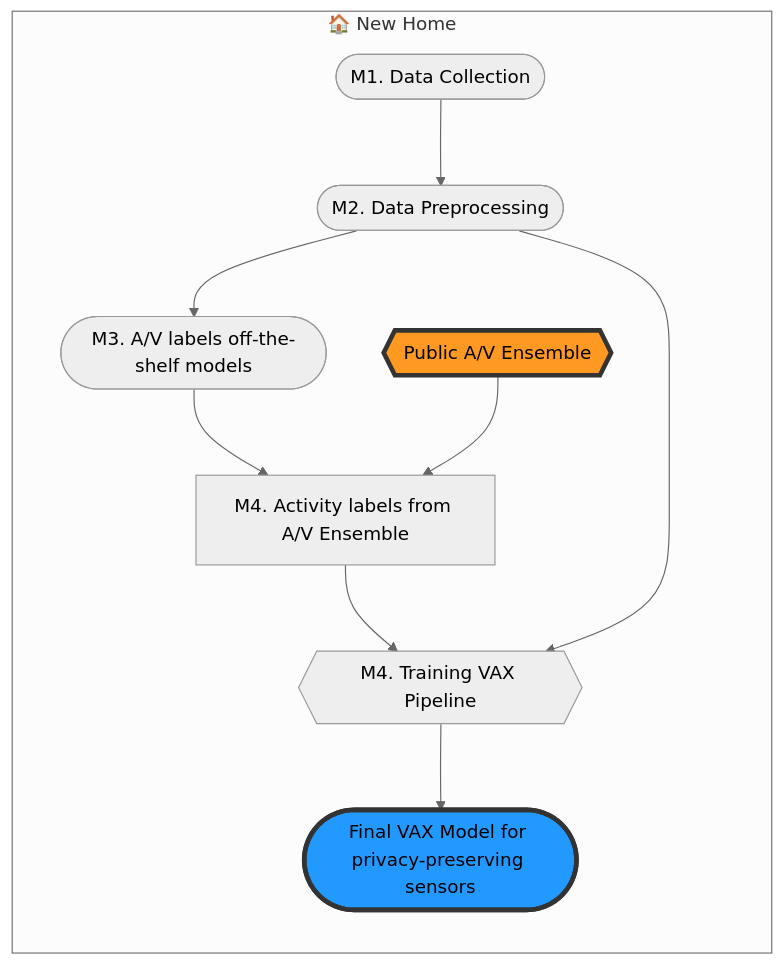
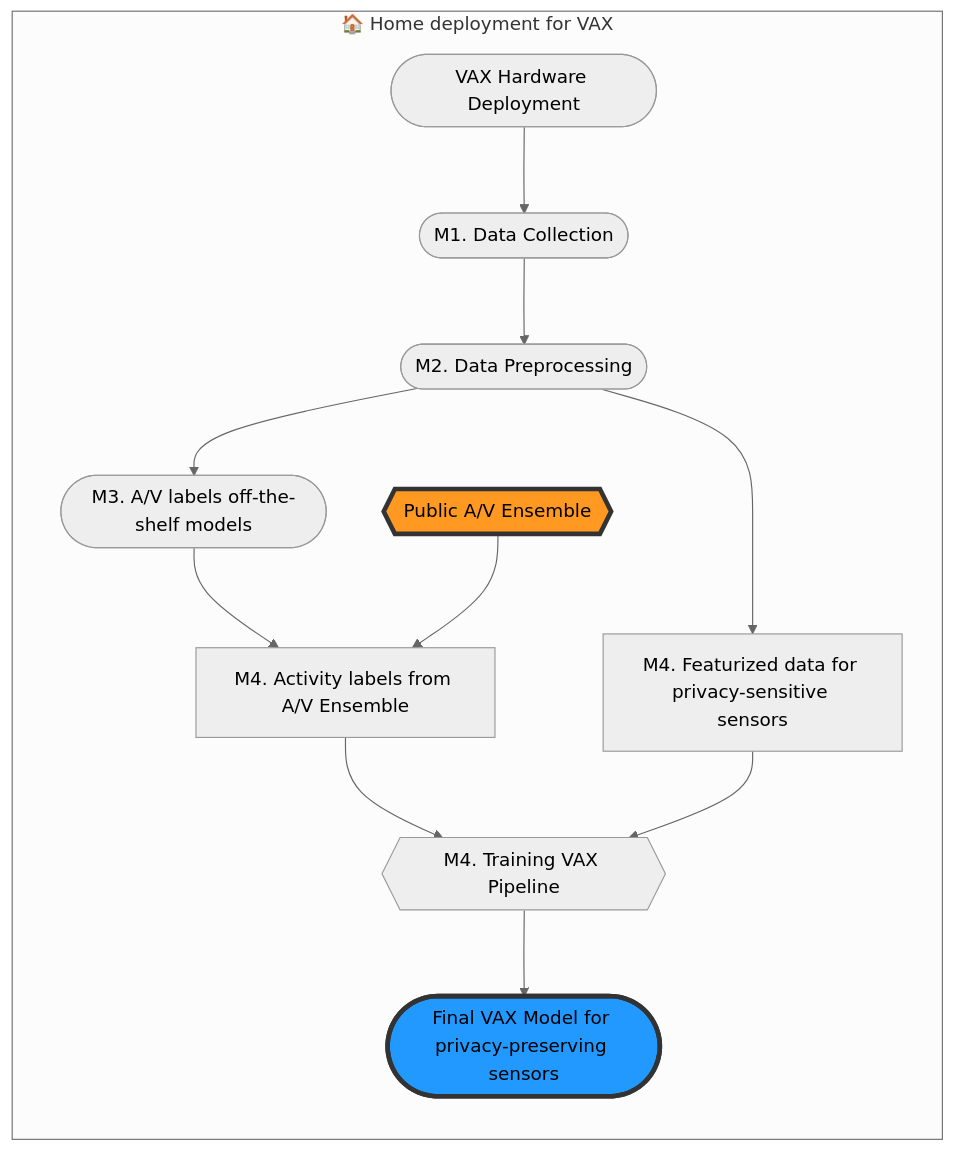
Before and after one commit to synergylabs/vax: the first of 2 diagrams in README.md, drawn with Mermaid (neutral theme). The commit also changed other lines of this file, not shown here.

Commit message:
Outer readme styling updates for mermaid flowcharts

````diff
--- a/README.md
+++ b/README.md
@@ -62,21 +62,23 @@
 ```mermaid
 %%{init: {"flowchart": {"htmlLabels": false}} }%%
 flowchart LR
     Home(["M1. Data Collection"])
+    Deploysensors([VAX Hardware Deployment])
     AV(["M3. A/V labels off-the-shelf models"])
     DP(["M2. Data Preprocessing"])   
     finalensemble{{Public A/V Ensemble}}
     style finalensemble fill:#f92,stroke:#333,stroke-width:4px
     vaxav{{M4. Training VAX Pipeline}}
     vaxmodel([Final VAX Model for privacy-preserving sensors])
     style vaxmodel fill:#29f,stroke:#333,stroke-width:4px
     activityfromav[M4. Activity labels from A/V Ensemble]
-    subgraph "🏠 New Home"  
-      Home --> DP--> AV --> activityfromav
+    rawdatafromx[M4. Featurized data for privacy-sensitive sensors]
+    subgraph "🏠 Home deployment for VAX"  
+      Deploysensors --> Home --> DP--> AV --> activityfromav
       finalensemble --> activityfromav
       activityfromav --> vaxav
-      DP --> vaxav
+      DP --> rawdatafromx --> vaxav
       vaxav --> vaxmodel
     end
 
 ```
````
